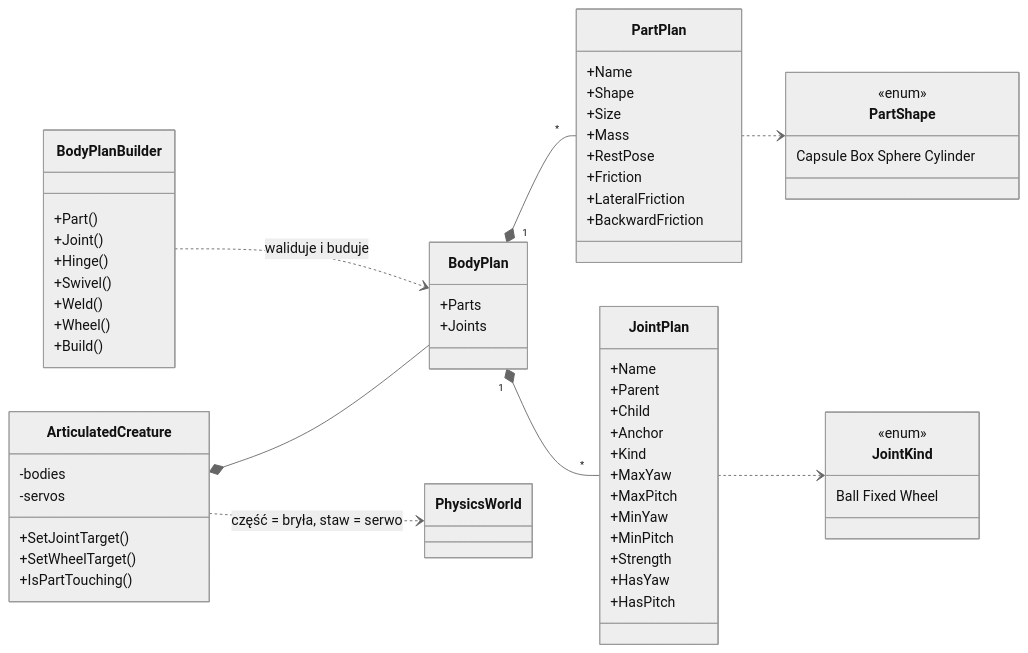
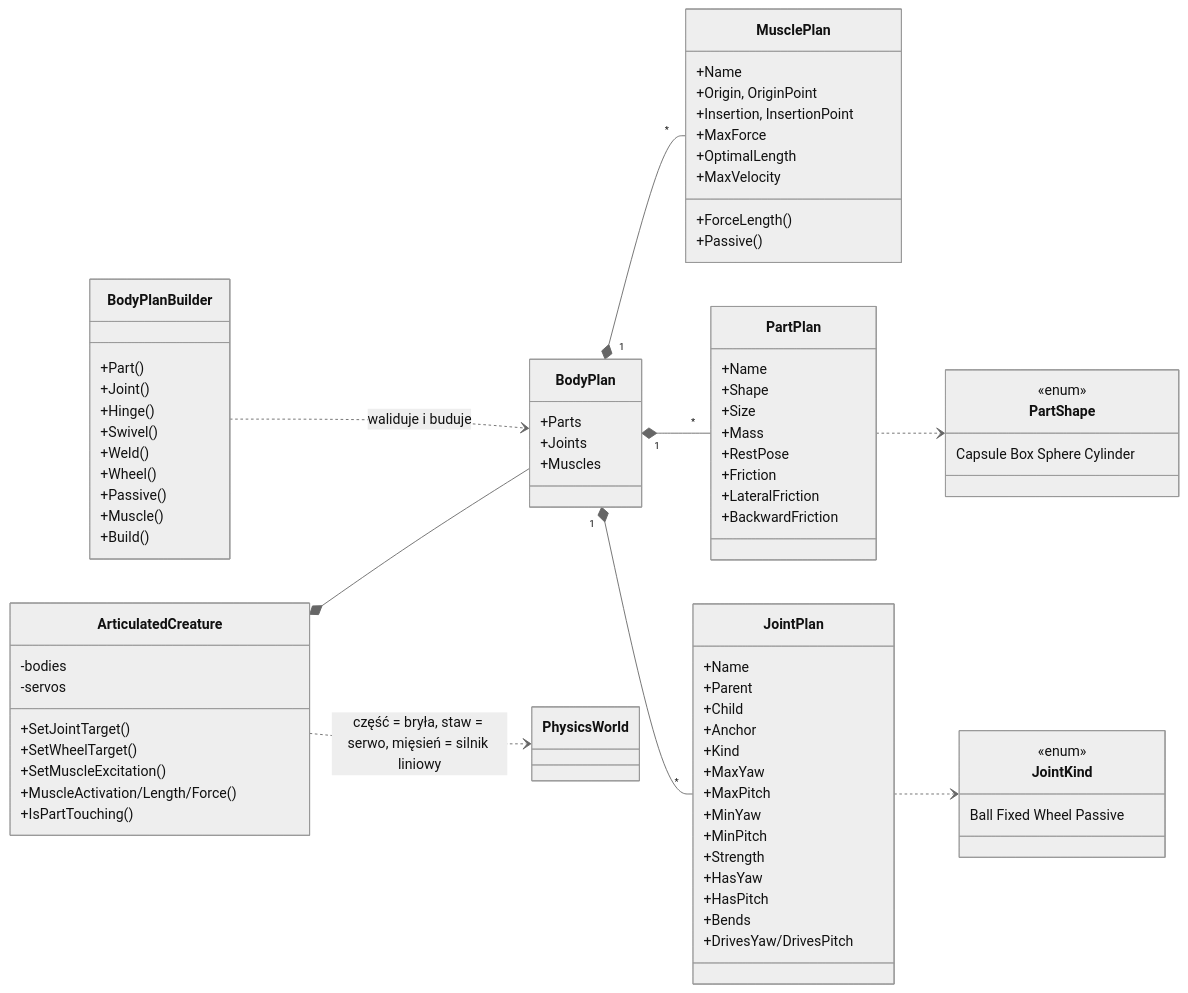
One commit to Logos7/Animata changed the seventh of 15 diagrams in docs/mapa-kodu.md. Above: the diagram before and after it, drawn with Mermaid (neutral theme). The commit also changed other lines of this file and 27 other files, not shown here.

````diff
--- a/docs/mapa-kodu.md
+++ b/docs/mapa-kodu.md
@@ -515,63 +522,81 @@
 ```mermaid
 classDiagram
   direction LR
   class BodyPlan {
     +Parts
     +Joints
+    +Muscles
+  }
+  class MusclePlan {
+    +Name
+    +Origin, OriginPoint
+    +Insertion, InsertionPoint
+    +MaxForce
+    +OptimalLength
+    +MaxVelocity
+    +ForceLength()
+    +Passive()
   }
   class PartPlan {
     +Name
     +Shape
     +Size
     +Mass
     +RestPose
     +Friction
     +LateralFriction
     +BackwardFriction
   }
   class JointPlan {
     +Name
     +Parent
     +Child
     +Anchor
     +Kind
     +MaxYaw
     +MaxPitch
     +MinYaw
     +MinPitch
     +Strength
     +HasYaw
     +HasPitch
+    +Bends
+    +DrivesYaw/DrivesPitch
   }
   class PartShape {
     <<enum>>
     Capsule Box Sphere Cylinder
   }
   class JointKind {
     <<enum>>
-    Ball Fixed Wheel
+    Ball Fixed Wheel Passive
   }
   class BodyPlanBuilder {
     +Part()
     +Joint()
     +Hinge()
     +Swivel()
     +Weld()
     +Wheel()
+    +Passive()
+    +Muscle()
     +Build()
   }
   class ArticulatedCreature {
     -bodies
     -servos
     +SetJointTarget()
     +SetWheelTarget()
+    +SetMuscleExcitation()
+    +MuscleActivation/Length/Force()
     +IsPartTouching()
   }
   BodyPlan "1" *-- "*" PartPlan
   BodyPlan "1" *-- "*" JointPlan
+  BodyPlan "1" *-- "*" MusclePlan
   PartPlan ..> PartShape
   JointPlan ..> JointKind
   BodyPlanBuilder ..> BodyPlan : waliduje i buduje
   ArticulatedCreature *-- BodyPlan
-  ArticulatedCreature ..> PhysicsWorld : część = bryła, staw = serwo
+  ArticulatedCreature ..> PhysicsWorld : część = bryła, staw = serwo, mięsień = silnik liniowy
 ```
````
